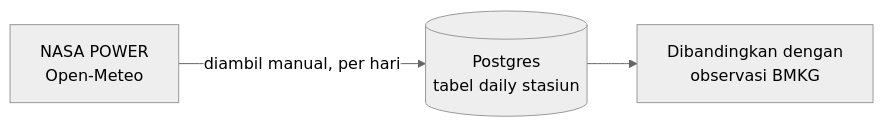
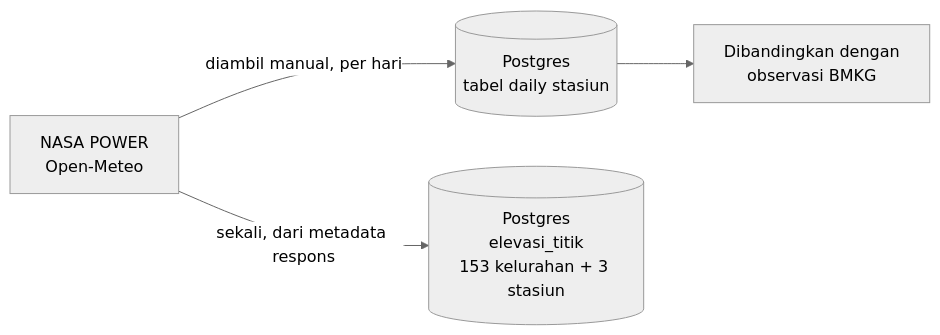
The second of 3 diagrams in etl/README.md (bistiana29/weather-app), drawn with Mermaid (neutral theme) before and after one commit. The commit also changed other lines of this file and 9 other files, not shown here.

Commit message:
Parameter baru CLOUD_AMT, cloud_cover, DPD, pm2_5; backfill --extra; tabel elevasi_titik; hapus kolom elevasi lama stasiun_bmkg

````diff
--- a/etl/README.md
+++ b/etl/README.md
@@ -39,5 +39,6 @@
 ```mermaid
 flowchart LR
     SRC["NASA POWER<br/>Open-Meteo"] -->|"diambil manual, per hari"| PG[("Postgres<br/>tabel daily stasiun")]
     PG --> VAL["Dibandingkan dengan<br/>observasi BMKG"]
+    SRC -->|"sekali, dari metadata respons"| EL[("Postgres<br/>elevasi_titik<br/>153 kelurahan + 3 stasiun")]
 ```
````
